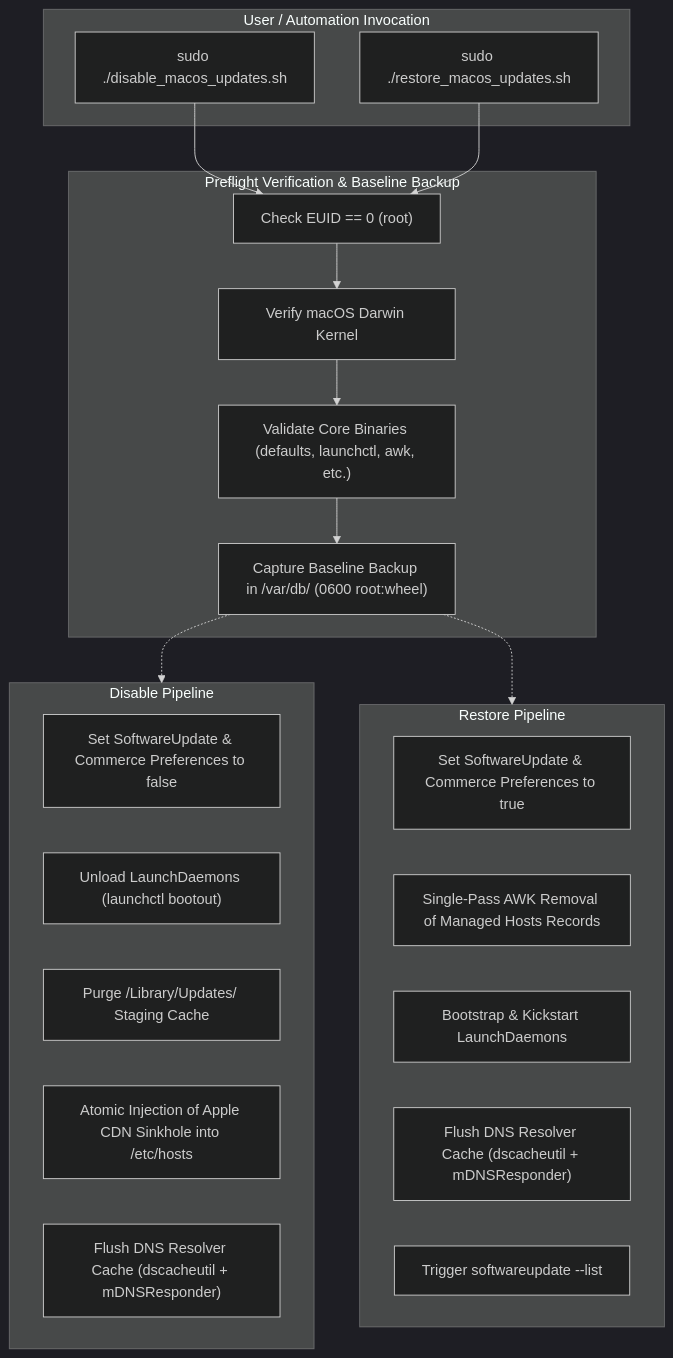
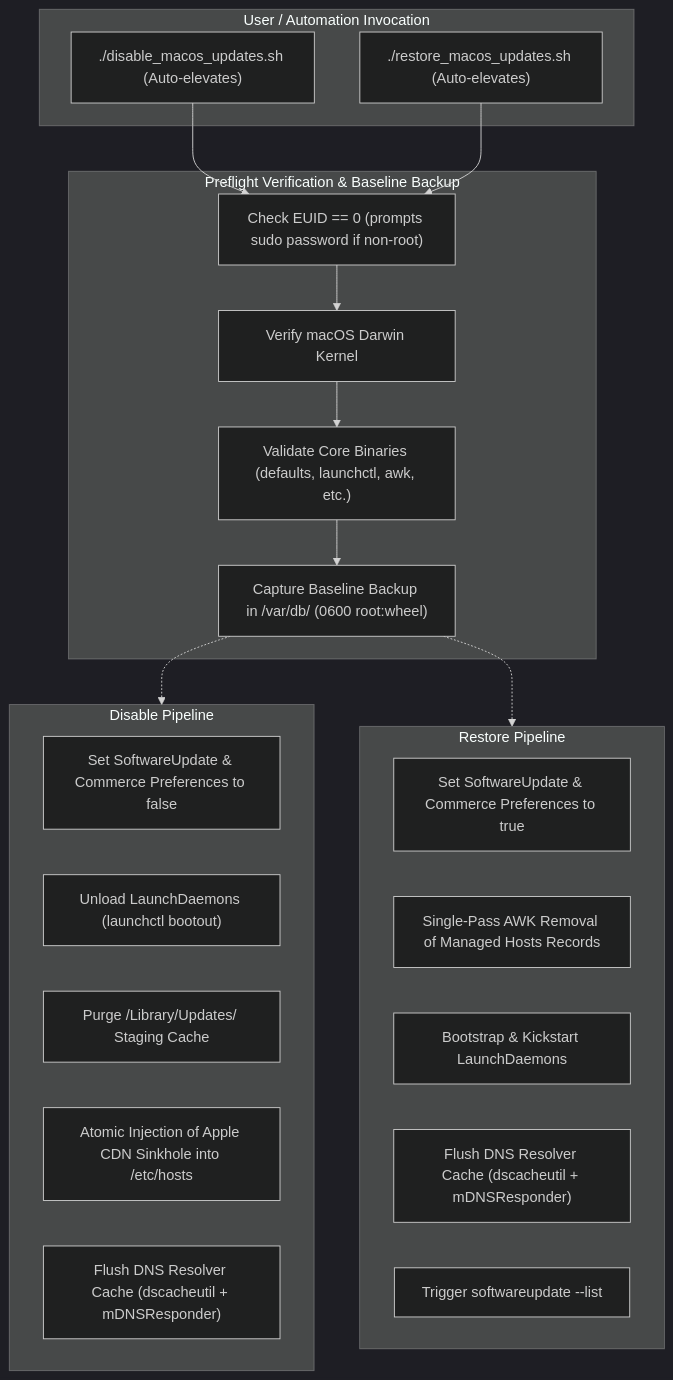
The diagram in README.md (alsyundawy/Disable-MacOS-Updates), drawn with Mermaid (dark theme) before and after one commit. The commit also changed other lines of this file and 5 other files, not shown here.

Commit message:
release: v1.2.0 - transparent sudo auto-elevation, safe remote execution, and comprehensive documentation sync

````diff
--- a/README.md
+++ b/README.md
@@ -114,36 +123,36 @@
 ```mermaid
 flowchart TB
     subgraph Trigger["User / Automation Invocation"]
-        ExecDisable["sudo ./disable_macos_updates.sh"]
-        ExecRestore["sudo ./restore_macos_updates.sh"]
+        ExecDisable["./disable_macos_updates.sh (Auto-elevates)"]
+        ExecRestore["./restore_macos_updates.sh (Auto-elevates)"]
     end
 
     subgraph Preflight["Preflight Verification & Baseline Backup"]
-        CheckRoot["Check EUID == 0 (root)"]
+        CheckRoot["Check EUID == 0 (prompts sudo password if non-root)"]
         CheckDarwin["Verify macOS Darwin Kernel"]
         CheckDeps["Validate Core Binaries (defaults, launchctl, awk, etc.)"]
         SaveBackup["Capture Baseline Backup in /var/db/ (0600 root:wheel)"]
     end
 
     subgraph DisableFlow["Disable Pipeline"]
         WritePrefsOff["Set SoftwareUpdate & Commerce Preferences to false"]
         UnloadDaemons["Unload LaunchDaemons (launchctl bootout)"]
         PurgeCache["Purge /Library/Updates/ Staging Cache"]
         InjectHosts["Atomic Injection of Apple CDN Sinkhole into /etc/hosts"]
         FlushDNS1["Flush DNS Resolver Cache (dscacheutil + mDNSResponder)"]
     end
 
     subgraph RestoreFlow["Restore Pipeline"]
         WritePrefsOn["Set SoftwareUpdate & Commerce Preferences to true"]
         CleanHosts["Single-Pass AWK Removal of Managed Hosts Records"]
         ReloadDaemons["Bootstrap & Kickstart LaunchDaemons"]
         FlushDNS2["Flush DNS Resolver Cache (dscacheutil + mDNSResponder)"]
         TriggerCheck["Trigger softwareupdate --list"]
     end
 
     ExecDisable --> CheckRoot
     ExecRestore --> CheckRoot
     CheckRoot --> CheckDarwin --> CheckDeps --> SaveBackup
     SaveBackup -.-> DisableFlow
     SaveBackup -.-> RestoreFlow
 ```
````
